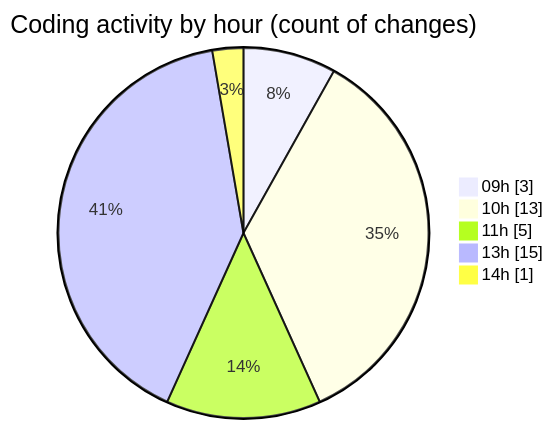
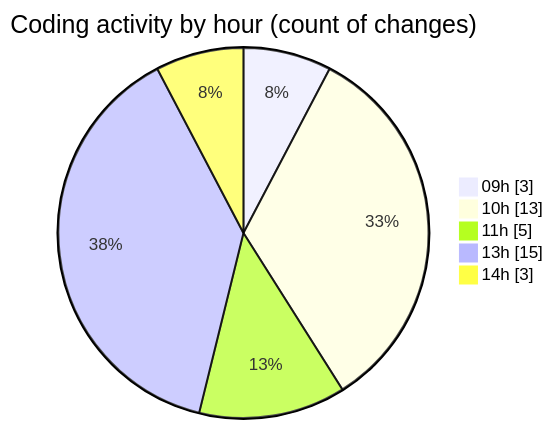
The second of 2 diagrams in 2026-10-29/cda/README.md (momahboobian/code-tracking), drawn with Mermaid before and after one commit. The commit also changed other lines of this file and 1 other file, not shown here.

````diff
--- a/2026-10-29/cda/README.md
+++ b/2026-10-29/cda/README.md
@@ -42,9 +43,9 @@
 ```mermaid
 pie showData
 title Coding activity by hour (count of changes)
 "09h" : 3
 "10h" : 13
 "11h" : 5
 "13h" : 15
-"14h" : 1
+"14h" : 3
 ```
````
